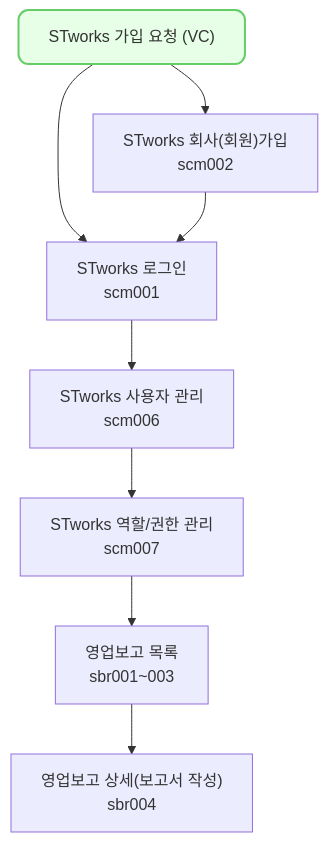
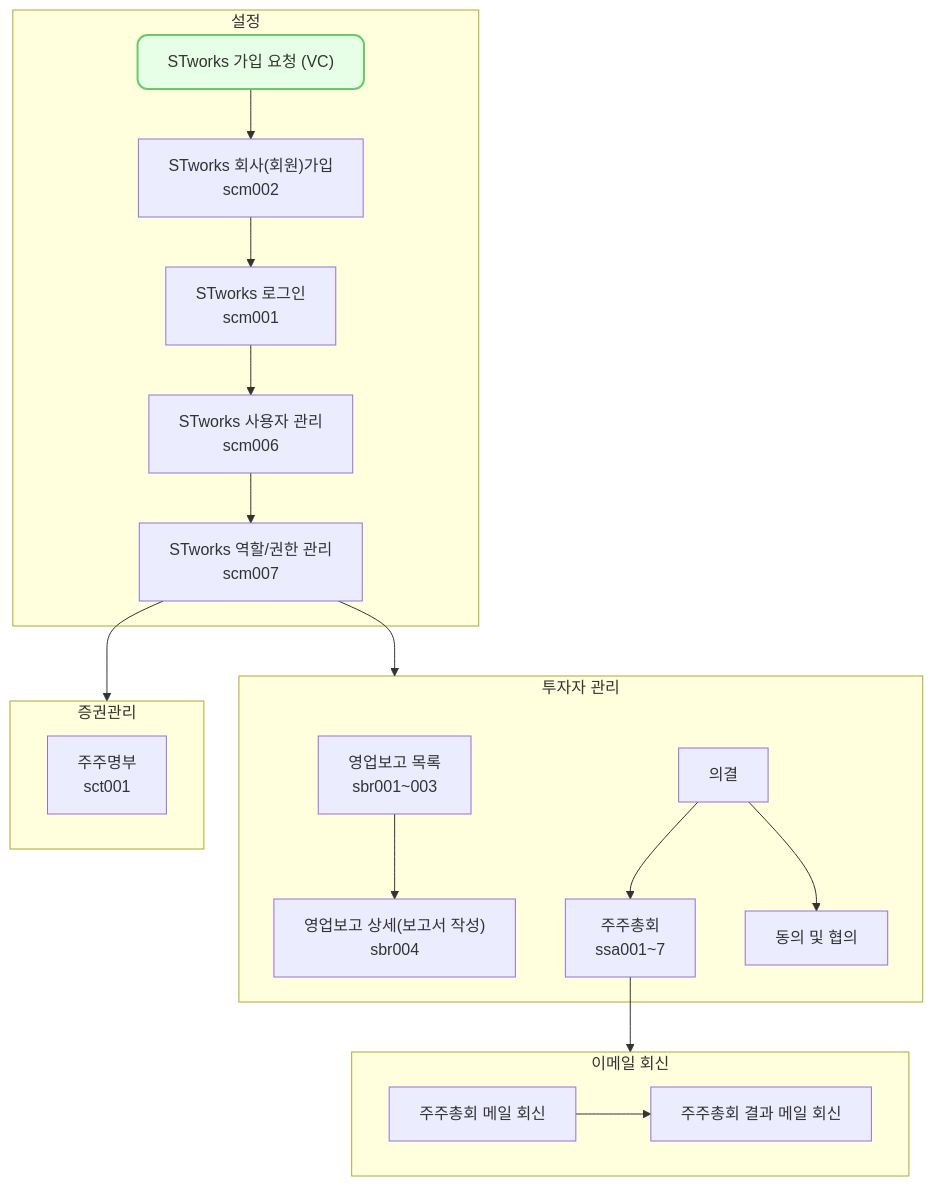
One commit to ddock-ddock/stworks.github.io changed the diagram in _tabs/core.md. Above: the diagram before and after it, drawn with Mermaid. The commit also changed other lines of this file and 10 other files, not shown here.

````diff
--- a/_tabs/core.md
+++ b/_tabs/core.md
@@ -13,27 +13,51 @@
 ```mermaid
 flowchart TD
-    n1["STworks 가입 요청 (VC)"]
-    n2["STworks 회사(회원)가입<br>scm002"]
-    n3["STworks 로그인<br>scm001"]
-    n4["STworks 사용자 관리<br>scm006"]
-    n5["STworks 역할/권한 관리<br>scm007"]
-    n6["영업보고 목록<br>sbr001~003"]
-    n7["영업보고 상세(보고서 작성)<br>sbr004"]
-    
-    n1 --> n2
-    n1 --> n3
-    n2 --> n3
-    n3 --> n4
-    n4 --> n5
-    n5 --> n6
-    n6 --> n7
 
-    click n2 "{% post_url 2024-09-01-scm002 %}" " "
-    click n3 "{% post_url 2024-09-02-scm001 %}" " "
-    click n4 "{% post_url 2024-09-03-scm006 %}" " "
-    click n5 "{% post_url 2024-09-04-scm007 %}" " "
-    click n6 "{% post_url 2024-09-05-sbr001 %}" " "
-    click n7 "{% post_url 2024-09-06-sbr004 %}" " "
+subgraph s1["설정"]
+    n1["STworks 가입 요청 (VC)"]
+    n2["STworks 회사(회원)가입<br>scm002"]
+    n3["STworks 로그인<br>scm001"]
+    n4["STworks 사용자 관리<br>scm006"]
+    n5["STworks 역할/권한 관리<br>scm007"]
+end
 
-    style n1 fill:#e6ffe6,stroke:#66cc66,stroke-width:2px,rx:10,ry:10,color:#333333,fontColor:#333333
+subgraph s2["투자자 관리"]
+    n6["영업보고 목록<br>sbr001~003"]
+    n7["영업보고 상세(보고서 작성)<br>sbr004"]
+    n9["의결"]
+    n10["주주총회<br>ssa001~7"]
+    n11["동의 및 협의"]
+end
+
+subgraph s3["증권관리"]
+    n8["주주명부<br>sct001"]
+end
+  
+subgraph s4["이메일 회신"]
+    n12["주주총회 메일 회신"]
+    n13["주주총회 결과 메일 회신"]
+end
+
+    n1 --> n2
+    n2 --> n3
+    n3 --> n4
+    n4 --> n5
+    n5 --> s2 & s3
+    n6 --> n7
+    n9 --> n10 & n11
+    n10 --> s4
+    n12 --> n13
+
+    style n1 fill:#e6ffe6,stroke:#66cc66,stroke-width:2px,rx:10,ry:10,color:#333333,fontColor:#333333
+
+    click n2 "{% post_url 2024-09-01-scm002 %}"
+    click n3 "{% post_url 2024-09-02-scm001 %}"
+    click n4 "{% post_url 2024-09-03-scm006 %}"
+    click n5 "{% post_url 2024-09-04-scm007 %}"
+    click n6 "{% post_url 2024-09-05-sbr001 %}"
+    click n7 "{% post_url 2024-09-06-sbr004 %}"
+    click n8 "{% post_url 2024-09-07-sct001 %}"
+    click n10 "{% post_url 2024-09-08-ssa002 %}"
+    click n12 "{% post_url 2024-09-09-sie002 %}"
+    click n13 "{% post_url 2024-09-10-sie003 %}"
 ```
````
